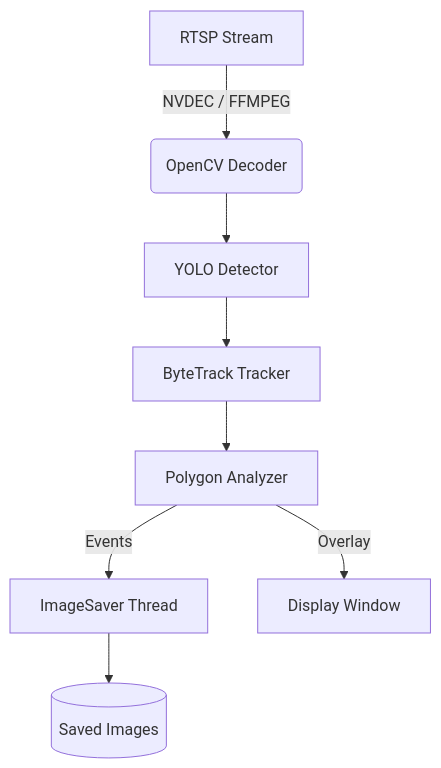
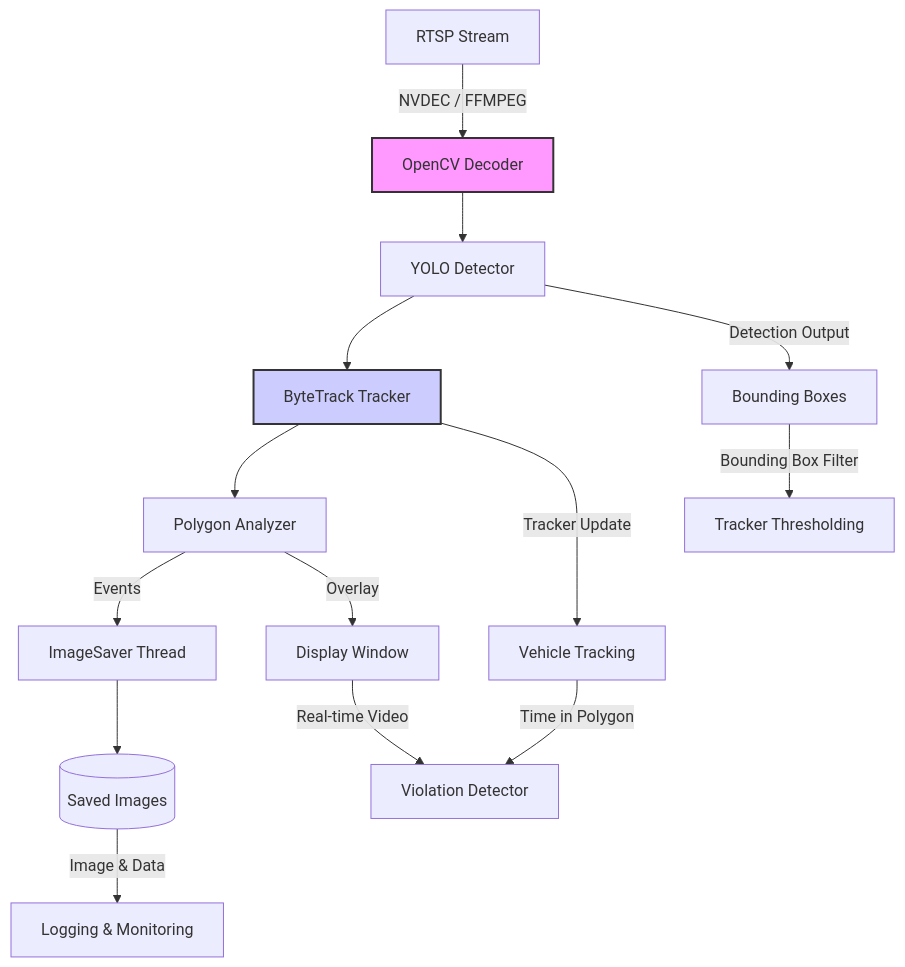
Before and after one commit to Bahrombekk/railsafe: the diagram in README.md, drawn with Mermaid.

Commit message:
Update architecture diagram in README
Enhanced the architecture diagram with additional processes and interactions.

````diff
--- a/README.md
+++ b/README.md
@@ -105,10 +105,28 @@
 ```mermaid
 graph TD
-    A[RTSP Stream] -->|NVDEC / FFMPEG| B(OpenCV Decoder)
+    A[RTSP Stream] -->|NVDEC / FFMPEG| B[OpenCV Decoder]
     B --> C[YOLO Detector]
     C --> D[ByteTrack Tracker]
     D --> E[Polygon Analyzer]
     E -->|Events| F[ImageSaver Thread]
     F --> G[(Saved Images)]
     E -->|Overlay| H[Display Window]
+    
+    %% Qo‘shimcha jarayonlar
+    C -->|Detection Output| I[Bounding Boxes]
+    D -->|Tracker Update| J[Vehicle Tracking]
+    I -->|Bounding Box Filter| K[Tracker Thresholding]
+    J -->|Time in Polygon| L[Violation Detector]
+
+    %% Vazifalar o‘rtasidagi o‘zaro bog‘lanishlar
+    H -->|Real-time Video| L
+    G -->|Image & Data| M[Logging & Monitoring]
+
+    %% Qulaylik uchun ranglar
+    classDef decoder fill:#f9f,stroke:#333,stroke-width:2px;
+    class B decoder;
+
+    classDef tracker fill:#ccf,stroke:#333,stroke-width:2px;
+    class D tracker;
+
 ```
````
